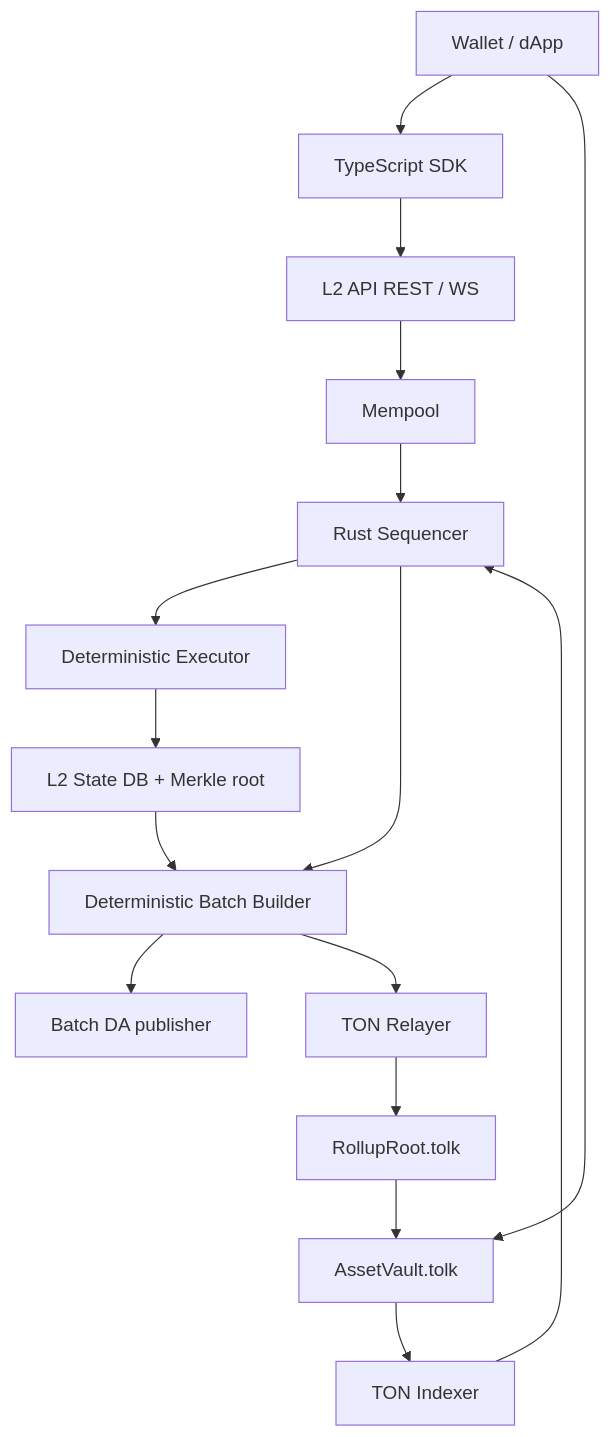
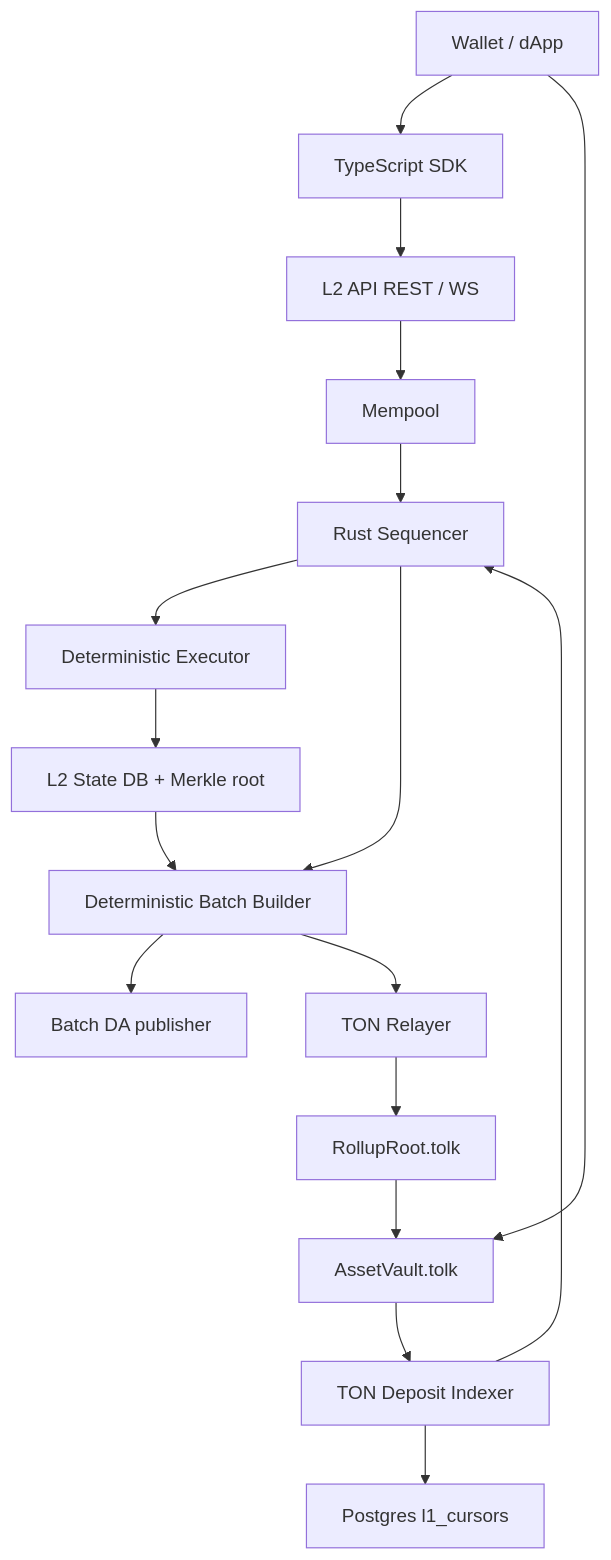
Before and after one commit to SoftwareMaestro16/L2-Layer: the diagram in docs/architecture.md, drawn with Mermaid. The commit also changed other lines of this file and 16 other files, not shown here.

Commit message:
feat(indexer): ingest vault deposit events

````diff
--- a/docs/architecture.md
+++ b/docs/architecture.md
@@ -3,18 +3,19 @@
 ```mermaid
 flowchart TB
   User["Wallet / dApp"] --> SDK["TypeScript SDK"]
   SDK --> API["L2 API REST / WS"]
   API --> Mempool["Mempool"]
   Mempool --> Sequencer["Rust Sequencer"]
-  Indexer["TON Indexer"] --> Sequencer
+  Indexer["TON Deposit Indexer"] --> Sequencer
+  Indexer --> Cursor["Postgres l1_cursors"]
   Sequencer --> Executor["Deterministic Executor"]
   Executor --> State["L2 State DB + Merkle root"]
   Sequencer --> Builder["Deterministic Batch Builder"]
   State --> Builder
   Builder --> DA["Batch DA publisher"]
   Builder --> Relayer["TON Relayer"]
   Relayer --> Root["RollupRoot.tolk"]
   User --> Vault["AssetVault.tolk"]
   Root --> Vault
   Vault --> Indexer
 ```
````
